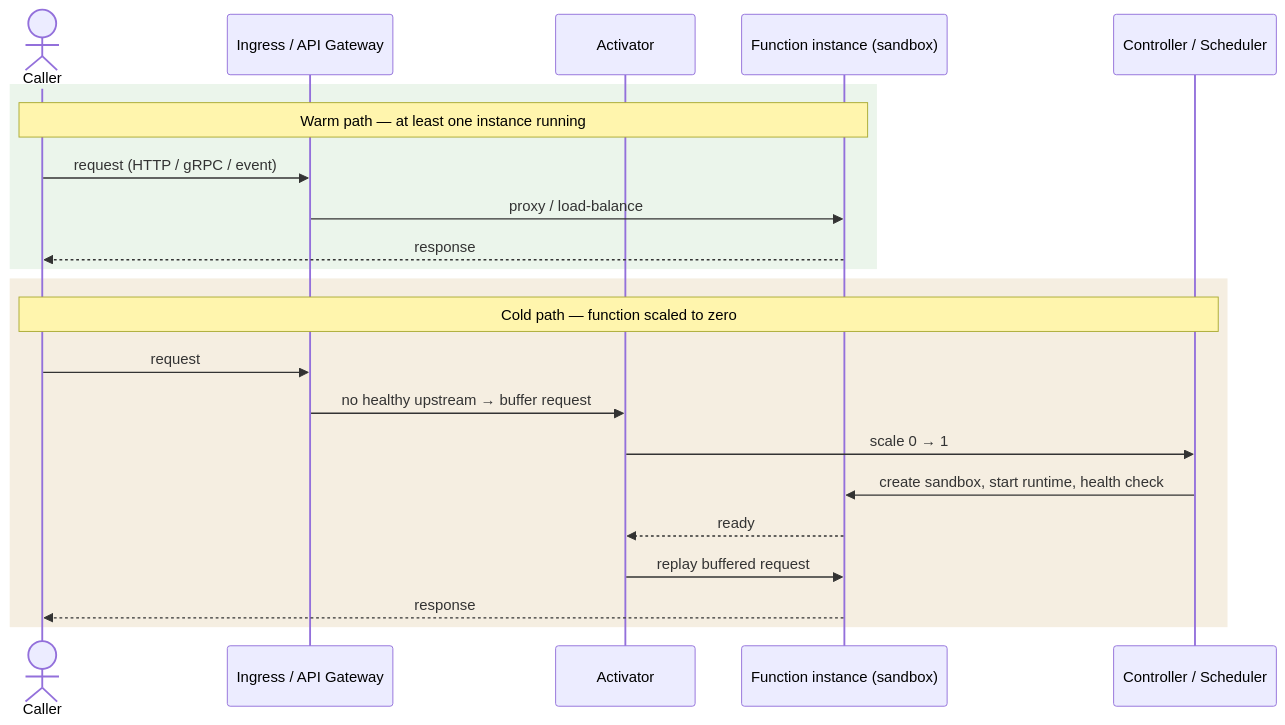
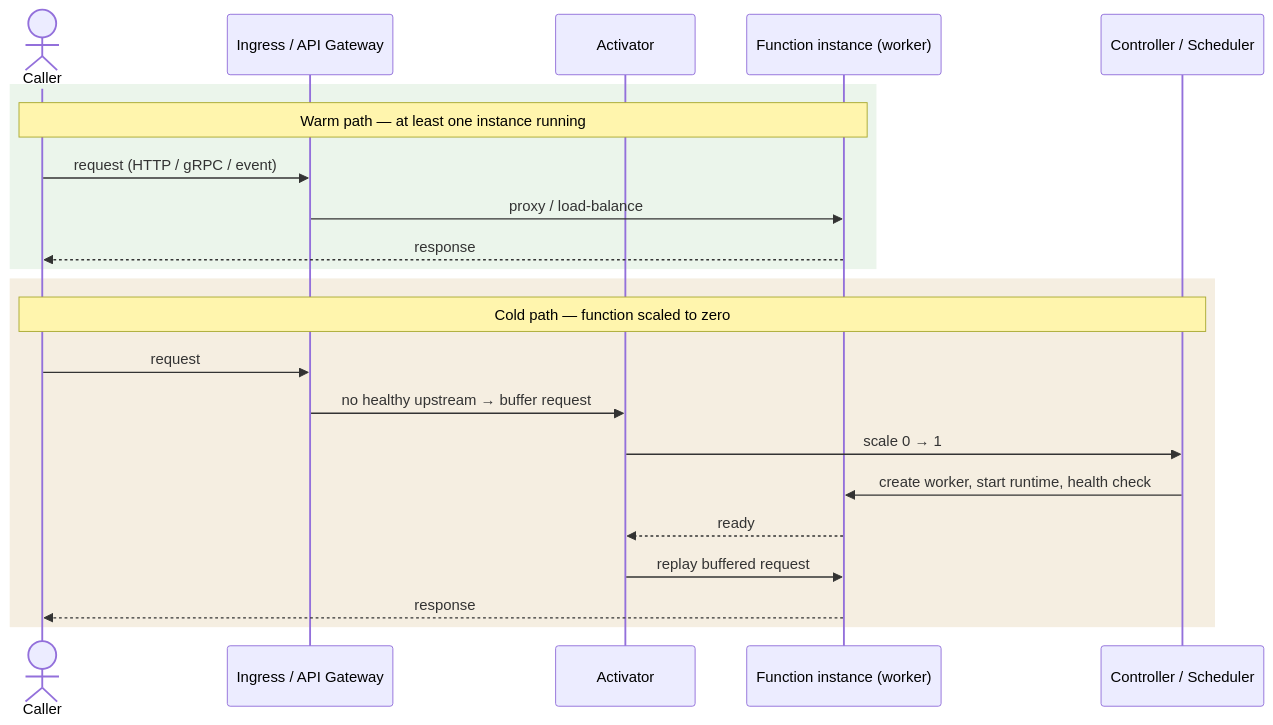
Before and after one commit to pyvvo/funcd: the seventh of 8 diagrams in blueprint.md, drawn with Mermaid. The commit also changed other lines of this file and 368 other files, not shown here.

````diff
--- a/blueprint.md
+++ b/blueprint.md
@@ -572,26 +572,26 @@
 ```mermaid
 sequenceDiagram
     actor C as Caller
     participant GW as Ingress / API Gateway
     participant Act as Activator
-    participant FN as Function instance (sandbox)
+    participant FN as Function instance (worker)
     participant Ctrl as Controller / Scheduler
 
     rect rgb(235, 245, 235)
         note over C,FN: Warm path — at least one instance running
         C->>GW: request (HTTP / gRPC / event)
         GW->>FN: proxy / load-balance
         FN-->>C: response
     end
 
     rect rgb(245, 238, 225)
         note over C,Ctrl: Cold path — function scaled to zero
         C->>GW: request
         GW->>Act: no healthy upstream → buffer request
         Act->>Ctrl: scale 0 → 1
-        Ctrl->>FN: create sandbox, start runtime, health check
+        Ctrl->>FN: create worker, start runtime, health check
         FN-->>Act: ready
         Act->>FN: replay buffered request
         FN-->>C: response
     end
 ```
````
